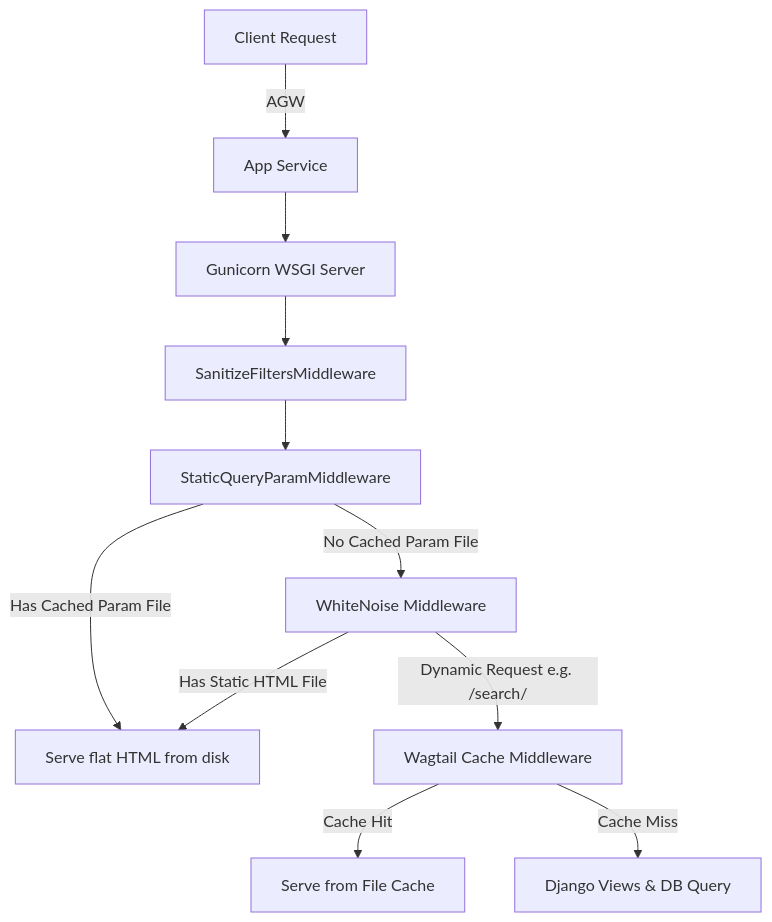
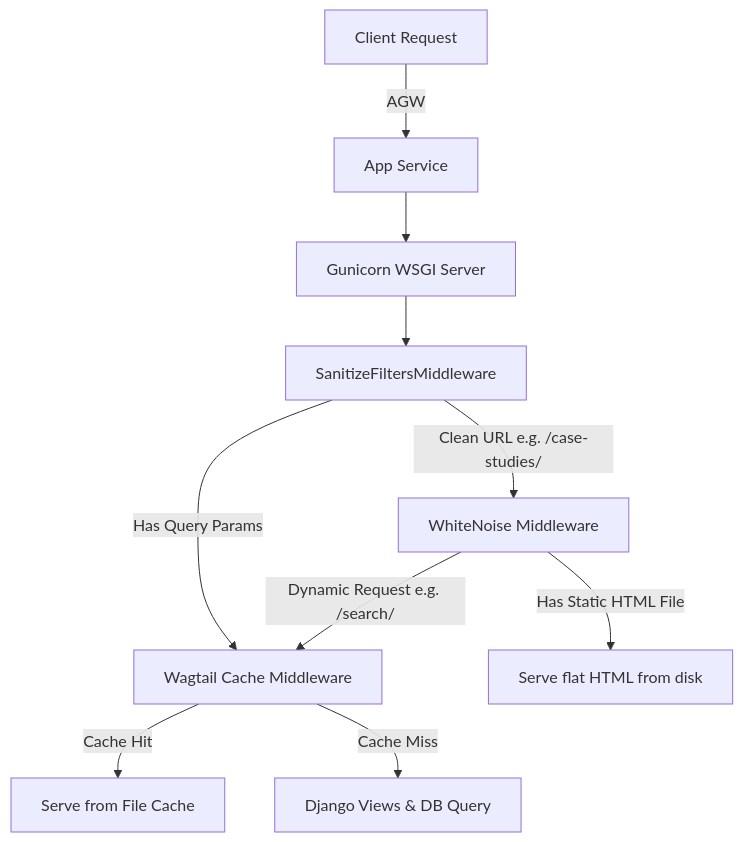
One commit to nhsengland/innovation-service-informational-frontend changed the diagram in docs/superpowers/specs/2026-06-30-static-baking-hybrid-design.md. Above: the diagram before and after it, drawn with Mermaid. The commit also changed other lines of this file, not shown here.

Commit message:
docs: remove bake_filters from hybrid static baking spec

````diff
--- a/docs/superpowers/specs/2026-06-30-static-baking-hybrid-design.md
+++ b/docs/superpowers/specs/2026-06-30-static-baking-hybrid-design.md
@@ -17,16 +16,15 @@
 ```mermaid
 graph TD
     Client[Client Request] --> |AGW| AppService[App Service]
     AppService --> Gunicorn[Gunicorn WSGI Server]
     Gunicorn --> Sanitize[SanitizeFiltersMiddleware]
-    Sanitize --> StaticQuery[StaticQueryParamMiddleware]
     
-    StaticQuery -->|Has Cached Param File| ServeStatic[Serve flat HTML from disk]
-    StaticQuery -->|No Cached Param File| WhiteNoise[WhiteNoise Middleware]
+    Sanitize -->|Has Query Params| WagtailCache[Wagtail Cache Middleware]
+    Sanitize -->|Clean URL e.g. /case-studies/| WhiteNoise[WhiteNoise Middleware]
     
-    WhiteNoise -->|Has Static HTML File| ServeStatic
-    WhiteNoise -->|Dynamic Request e.g. /search/| WagtailCache[Wagtail Cache Middleware]
+    WhiteNoise -->|Has Static HTML File| ServeStatic[Serve flat HTML from disk]
+    WhiteNoise -->|Dynamic Request e.g. /search/| WagtailCache
     
     WagtailCache -->|Cache Hit| ServeCache[Serve from File Cache]
     WagtailCache -->|Cache Miss| Django[Django Views & DB Query]
 ```
````
